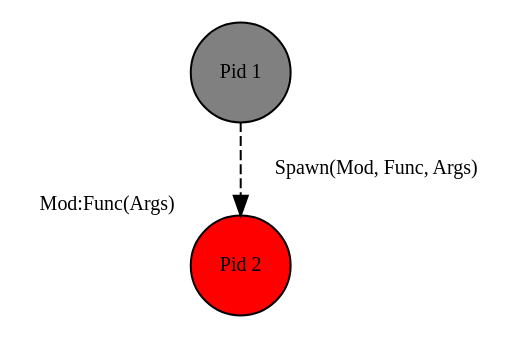
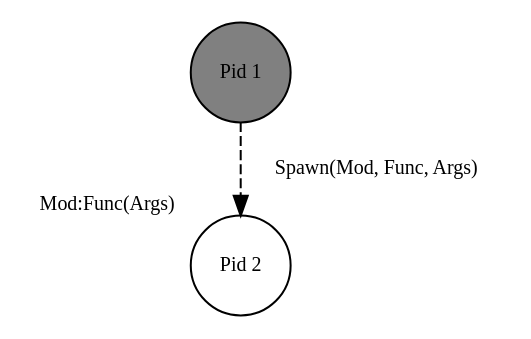
The first of 4 diagrams in notes/20240930224229-concurrent_erlang.org (mtrsk/mtrsk.github.io), drawn with Graphviz before and after one commit. The commit also changed other lines of this file and 9 other files, not shown here.

Commit message:
notes: add graphviz-based images

```diff
--- a/notes/20240930224229-concurrent_erlang.org
+++ b/notes/20240930224229-concurrent_erlang.org
@@ -20,11 +20,11 @@
 #+BEGIN_SRC dot :file ../static/img/notes/erlang_spawn.png :cmdline -Kdot -Tpng :exports results
   digraph Spawn {
     node [shape=circle];
     sep = 1;
 
     pid1 [label="Pid 1", fontsize="10pt", style=filled, fillcolor=grey];
-    pid2 [label="Pid 2", xlabel="Mod:Func(Args)", fontsize="10pt", style=filled, fillcolor=red];
+    pid2 [label="Pid 2", xlabel="Mod:Func(Args)", fontsize="10pt", style=filled, fillcolor=white];
 
     pid1 -> pid2 [label="  Spawn(Mod, Func, Args)", fontsize="10pt", minlen=1, style=dashed];
   }
 #+END_SRC
```
